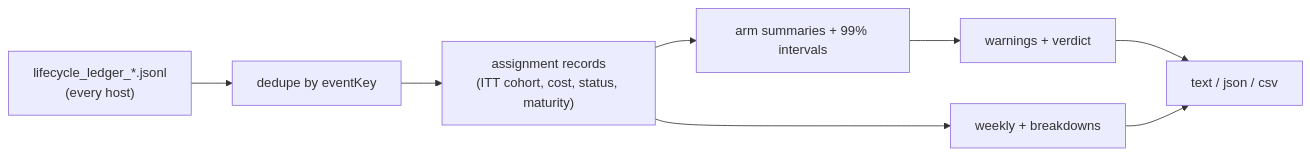
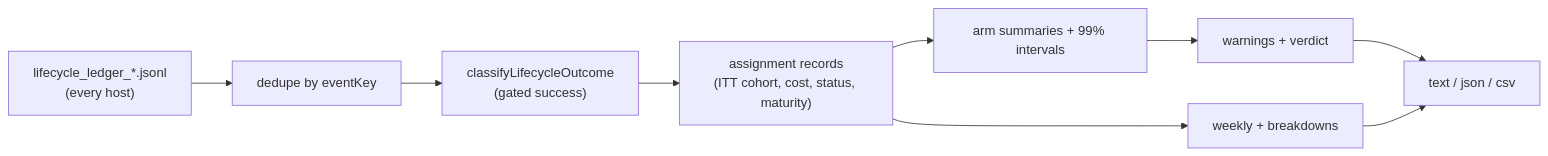
Before and after one commit to stSoftwareAU/VibeCoder: the diagram in docs/archive/pr-summaries/pr-summary-3645.md, drawn with Mermaid. The commit also changed other lines of this file, not shown here.

````diff
--- a/docs/archive/pr-summaries/pr-summary-3645.md
+++ b/docs/archive/pr-summaries/pr-summary-3645.md
@@ -69,10 +70,11 @@
 ```mermaid
 flowchart LR
     L["lifecycle_ledger_*.jsonl<br/>(every host)"] --> D[dedupe by eventKey]
-    D --> R["assignment records<br/>(ITT cohort, cost, status, maturity)"]
+    D --> C["classifyLifecycleOutcome<br/>(gated success)"]
+    C --> R["assignment records<br/>(ITT cohort, cost, status, maturity)"]
     R --> A[arm summaries + 99% intervals]
     R --> W[weekly + breakdowns]
     A --> V[warnings + verdict]
     V --> O[text / json / csv]
     W --> O
 ```
````
